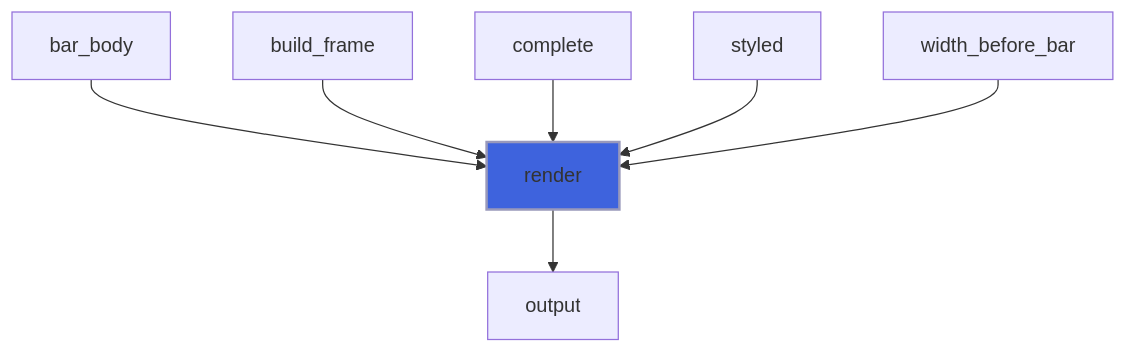
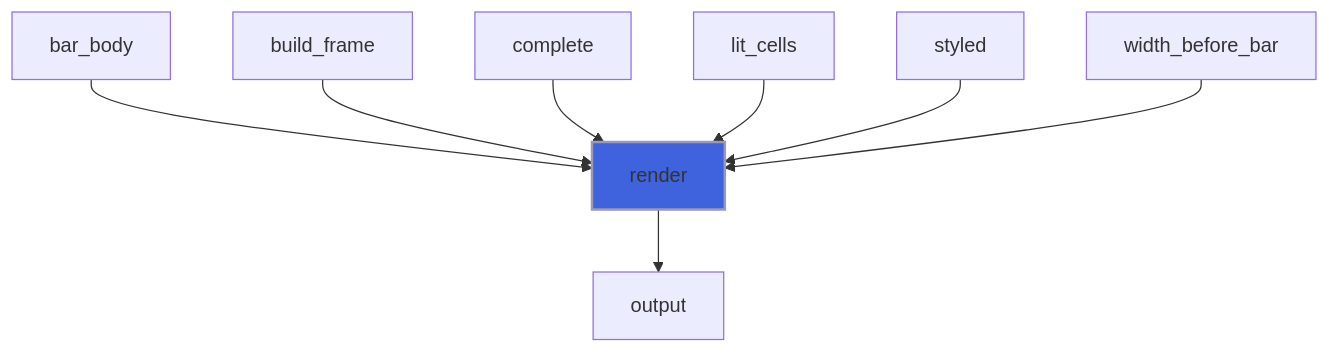
Diagram 39 of 39 in docs/api/src/lib/forbear_bar_object.md (szaghi/forbear), drawn with Mermaid before and after one commit. The commit also changed other lines of this file and 21 other files, not shown here.

````diff
--- a/docs/api/src/lib/forbear_bar_object.md
+++ b/docs/api/src/lib/forbear_bar_object.md
@@ -1152,10 +1265,11 @@
 ```mermaid
 flowchart TD
   bar_body["bar_body"] --> render["render"]
   build_frame["build_frame"] --> render["render"]
   complete["complete"] --> render["render"]
+  lit_cells["lit_cells"] --> render["render"]
   styled["styled"] --> render["render"]
   width_before_bar["width_before_bar"] --> render["render"]
   render["render"] --> output["output"]
   style render fill:#3e63dd,stroke:#99b,stroke-width:2px
 ```
````
